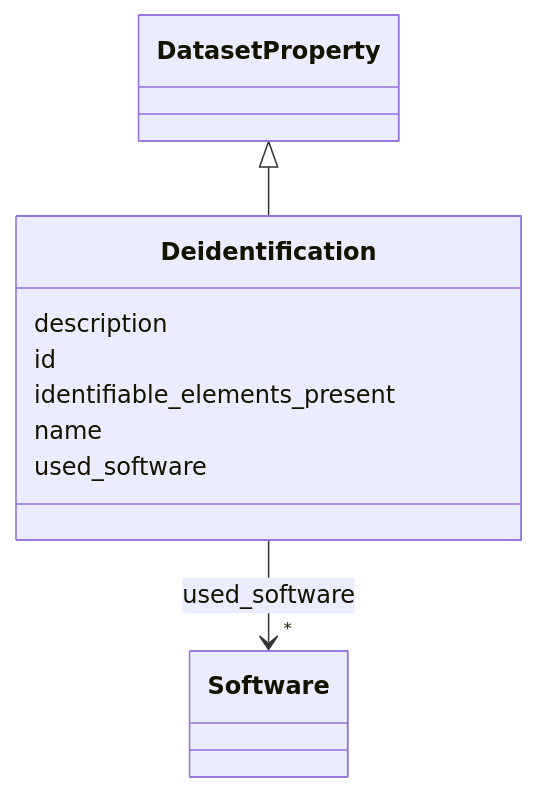
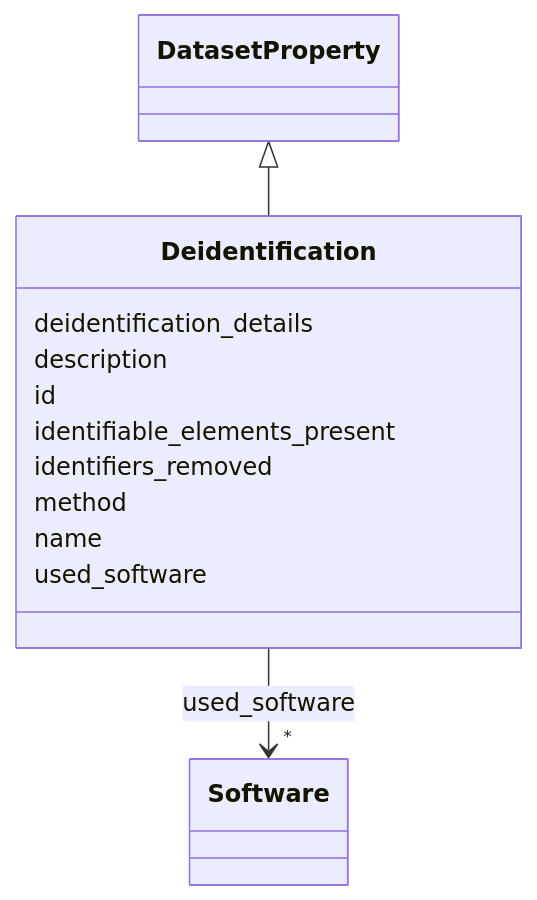
Before and after one commit to bridge2ai/data-sheets-schema: the diagram in docs/Deidentification.md, drawn with Mermaid. The commit also changed other lines of this file and 682 other files, not shown here.

````diff
--- a/docs/Deidentification.md
+++ b/docs/Deidentification.md
@@ -20,28 +20,34 @@
 ```mermaid
  classDiagram
     class Deidentification
     click Deidentification href "../Deidentification/"
       DatasetProperty <|-- Deidentification
         click DatasetProperty href "../DatasetProperty/"
       
+      Deidentification : deidentification_details
+        
       Deidentification : description
         
       Deidentification : id
         
       Deidentification : identifiable_elements_present
+        
+      Deidentification : identifiers_removed
+        
+      Deidentification : method
         
       Deidentification : name
         
       Deidentification : used_software
         
           
     
         
         
         Deidentification --> "*" Software : used_software
         click Software href "../Software/"
     
 
         
       
 ```
````
